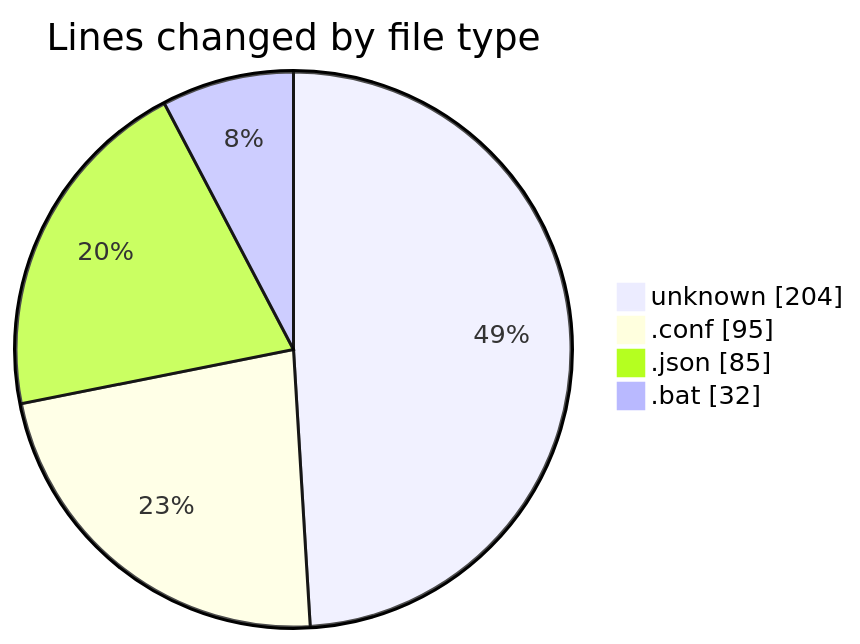
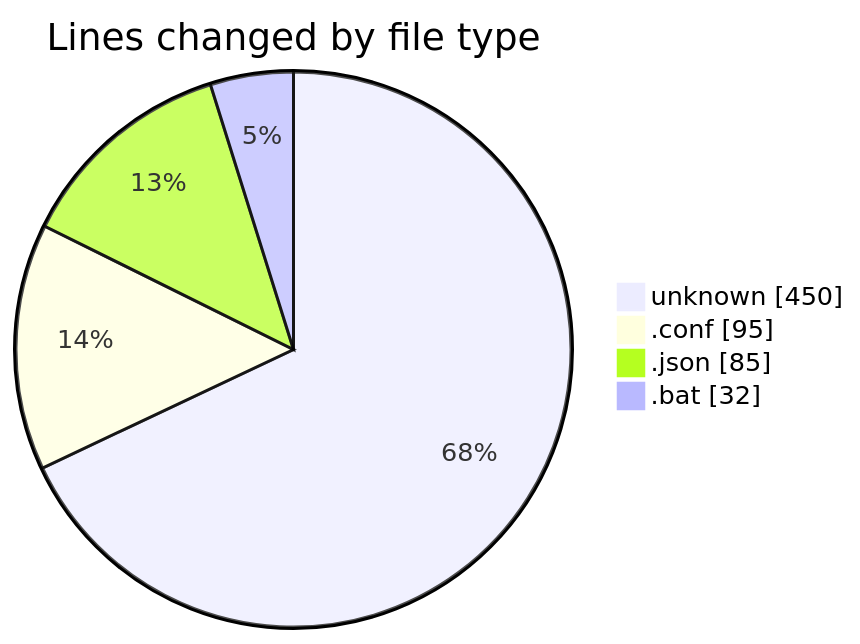
One commit to lephambinh05/code-tracking changed the first of 2 diagrams in 2025-07-12/shopaccv1/README.md. Above: the diagram before and after it, drawn with Mermaid. The commit also changed other lines of this file and 1 other file, not shown here.

````diff
--- a/2025-07-12/shopaccv1/README.md
+++ b/2025-07-12/shopaccv1/README.md
@@ -26,8 +26,8 @@
 ```mermaid
 pie showData
 title Lines changed by file type
-"unknown" : 204
+"unknown" : 450
 ".conf" : 95
 ".json" : 85
 ".bat" : 32
 ```
````
